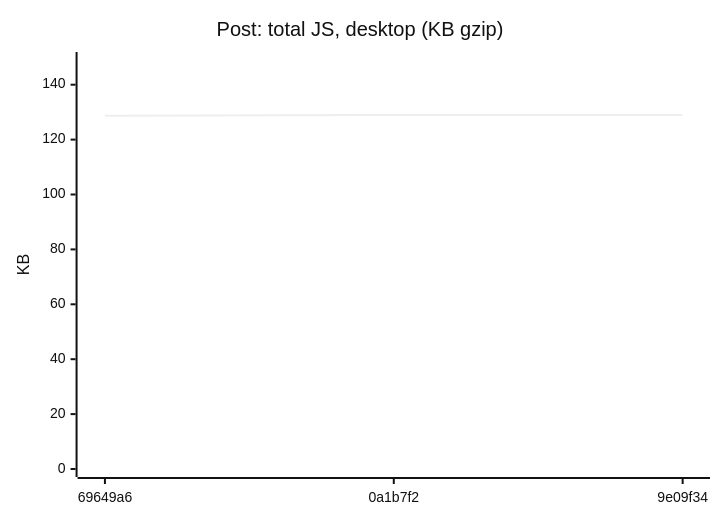
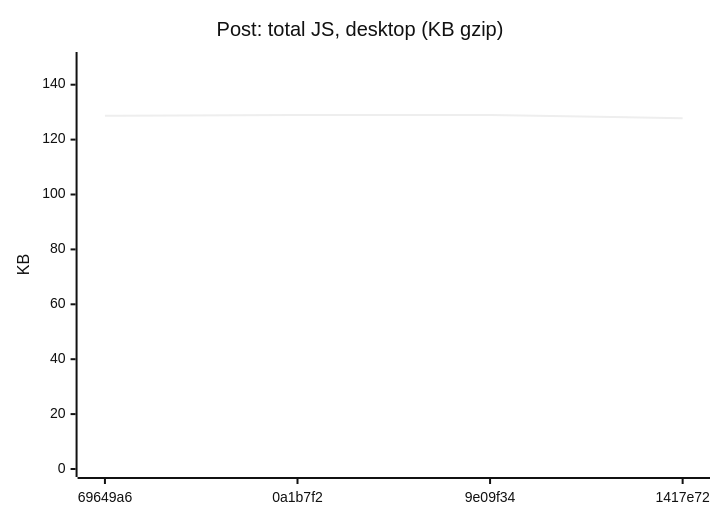
Before and after one commit to AxelUser/maltsev.space: diagram 11 of 18 in README.md, drawn with Mermaid (neutral theme). The commit also changed other lines of this file and 1 other file, not shown here.

````diff
--- a/README.md
+++ b/README.md
@@ -125,7 +125,7 @@
 ```mermaid
 xychart-beta
   title "Post: total JS, desktop (KB gzip)"
-  x-axis ["69649a6", "0a1b7f2", "9e09f34"]
+  x-axis ["69649a6", "0a1b7f2", "9e09f34", "1417e72"]
   y-axis "KB" 0 --> 149
-  line [128.7, 129, 129]
+  line [128.7, 129, 129, 127.8]
 ```
````
